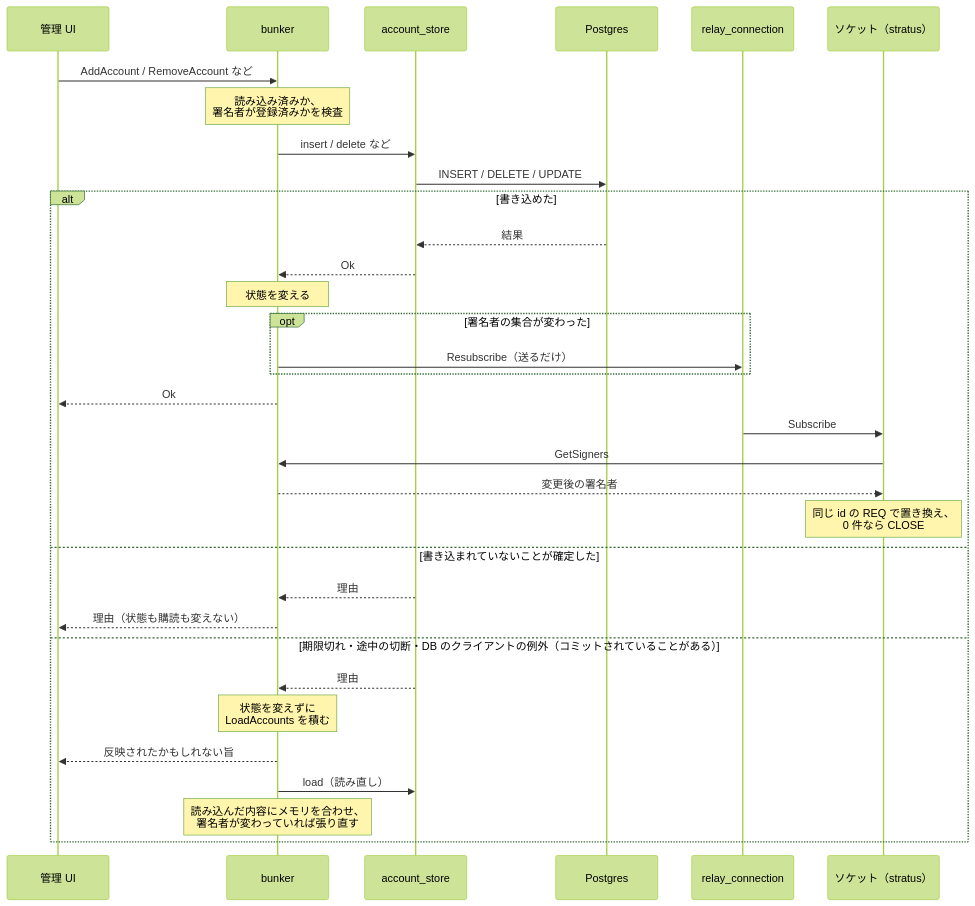
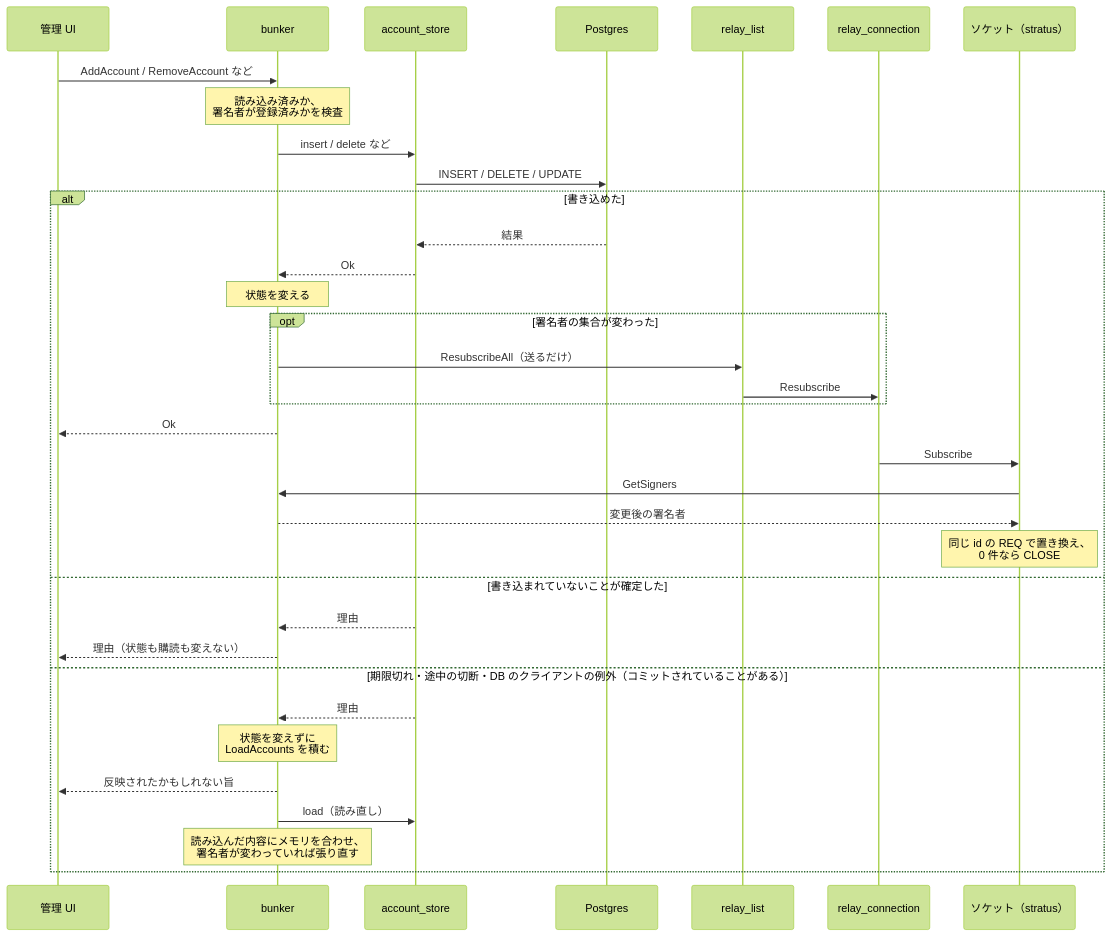
The sixth of 9 diagrams in docs/architecture.md (neverclear86/nostr-no-su), drawn with Mermaid (forest theme) before and after one commit. The commit also changed other lines of this file and 14 other files, not shown here.

````diff
--- a/docs/architecture.md
+++ b/docs/architecture.md
@@ -329,36 +354,38 @@
 ```mermaid
 sequenceDiagram
     participant ui as 管理 UI
     participant bk as bunker
     participant store as account_store
     participant db as Postgres
+    participant list as relay_list
     participant conn as relay_connection
     participant sock as ソケット（stratus）
 
     ui->>bk: AddAccount / RemoveAccount など
     Note over bk: 読み込み済みか、<br/>署名者が登録済みかを検査
     bk->>store: insert / delete など
     store->>db: INSERT / DELETE / UPDATE
     alt 書き込めた
         db-->>store: 結果
         store-->>bk: Ok
         Note over bk: 状態を変える
         opt 署名者の集合が変わった
-            bk->>conn: Resubscribe（送るだけ）
+            bk->>list: ResubscribeAll（送るだけ）
+            list->>conn: Resubscribe
         end
         bk-->>ui: Ok
         conn->>sock: Subscribe
         sock->>bk: GetSigners
         bk-->>sock: 変更後の署名者
         Note over sock: 同じ id の REQ で置き換え、<br/>0 件なら CLOSE
     else 書き込まれていないことが確定した
         store-->>bk: 理由
         bk-->>ui: 理由（状態も購読も変えない）
     else 期限切れ・途中の切断・DB のクライアントの例外（コミットされていることがある）
         store-->>bk: 理由
         Note over bk: 状態を変えずに<br/>LoadAccounts を積む
         bk-->>ui: 反映されたかもしれない旨
         bk->>store: load（読み直し）
         Note over bk: 読み込んだ内容にメモリを合わせ、<br/>署名者が変わっていれば張り直す
     end
 ```
````
